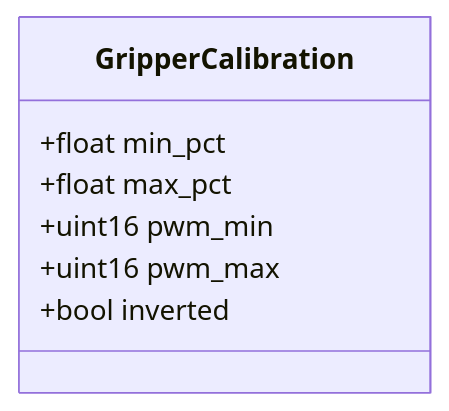
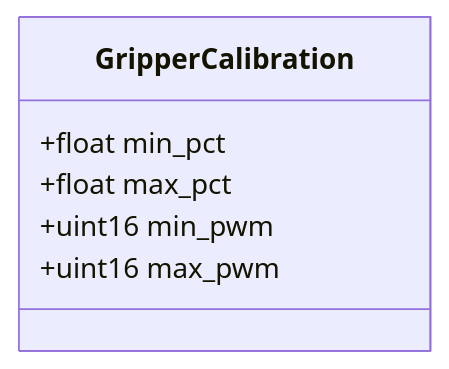
Before and after one commit to butz1999/inverse_kinematik: diagram 12 of 13 in doc/sw/software.md, drawn with Mermaid. The commit also changed other lines of this file and 9 other files, not shown here.

````diff
--- a/doc/sw/software.md
+++ b/doc/sw/software.md
@@ -582,10 +577,9 @@
 ```mermaid
 classDiagram
     class GripperCalibration {
         +float min_pct
         +float max_pct
-        +uint16 pwm_min
-        +uint16 pwm_max
-        +bool inverted
+        +uint16 min_pwm
+        +uint16 max_pwm
     }
 ```
````
